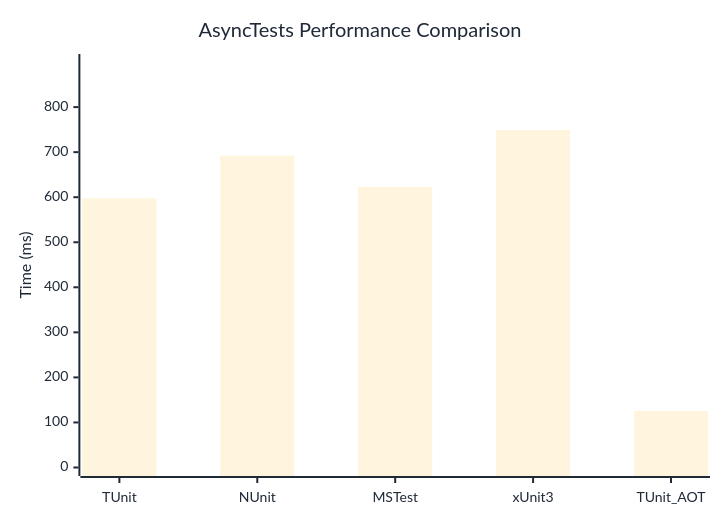
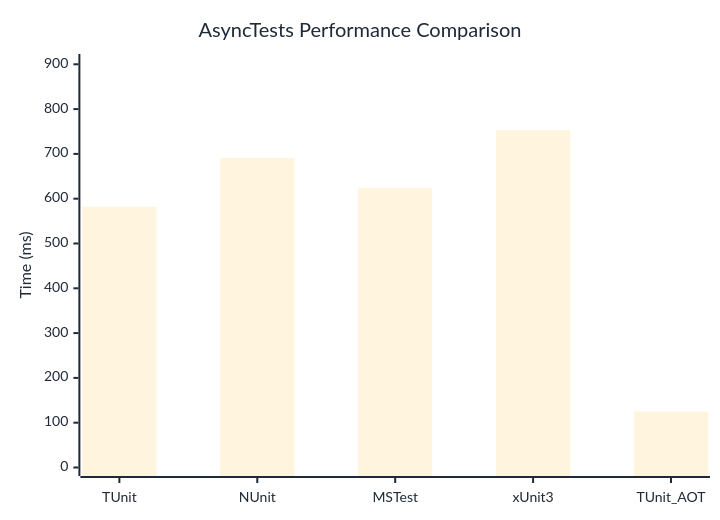
Before and after one commit to thomhurst/TUnit: the diagram in docs/docs/benchmarks/AsyncTests.md, drawn with Mermaid. The commit also changed other lines of this file and 17 other files, not shown here.

````diff
--- a/docs/docs/benchmarks/AsyncTests.md
+++ b/docs/docs/benchmarks/AsyncTests.md
@@ -27,37 +27,37 @@
 ```mermaid
 %%{init: {
   'theme':'base',
   'themeVariables': {
     'primaryColor': '#2563eb',
     'primaryTextColor': '#1f2937',
     'primaryBorderColor': '#1e40af',
     'lineColor': '#6b7280',
     'secondaryColor': '#7c3aed',
     'tertiaryColor': '#dc2626',
     'background': '#ffffff',
     'mainBkg': '#2563eb',
     'secondBkg': '#7c3aed',
     'tertiaryBkg': '#dc2626',
     'clusterBkg': '#f3f4f6',
     'edgeLabelBackground': '#ffffff',
     'tertiaryTextColor': '#1f2937',
     'pie1': '#2563eb',
     'pie2': '#7c3aed',
     'pie3': '#dc2626',
     'pie4': '#f59e0b',
     'pie5': '#10b981',
     'pie6': '#06b6d4',
     'pie7': '#ec4899',
     'pie8': '#6366f1',
     'pie9': '#84cc16',
     'pie10': '#f97316',
     'pie11': '#14b8a6',
     'pie12': '#a855f7'
   }
 }}%%
 xychart-beta
   title "AsyncTests Performance Comparison"
   x-axis ["TUnit", "NUnit", "MSTest", "xUnit3", "TUnit_AOT"]
-  y-axis "Time (ms)" 0 --> 899
-  bar [597.6, 692.3, 622.9, 749.1, 125.7]
+  y-axis "Time (ms)" 0 --> 904
+  bar [582, 691.2, 623.5, 753.1, 124.8]
 ```
````
